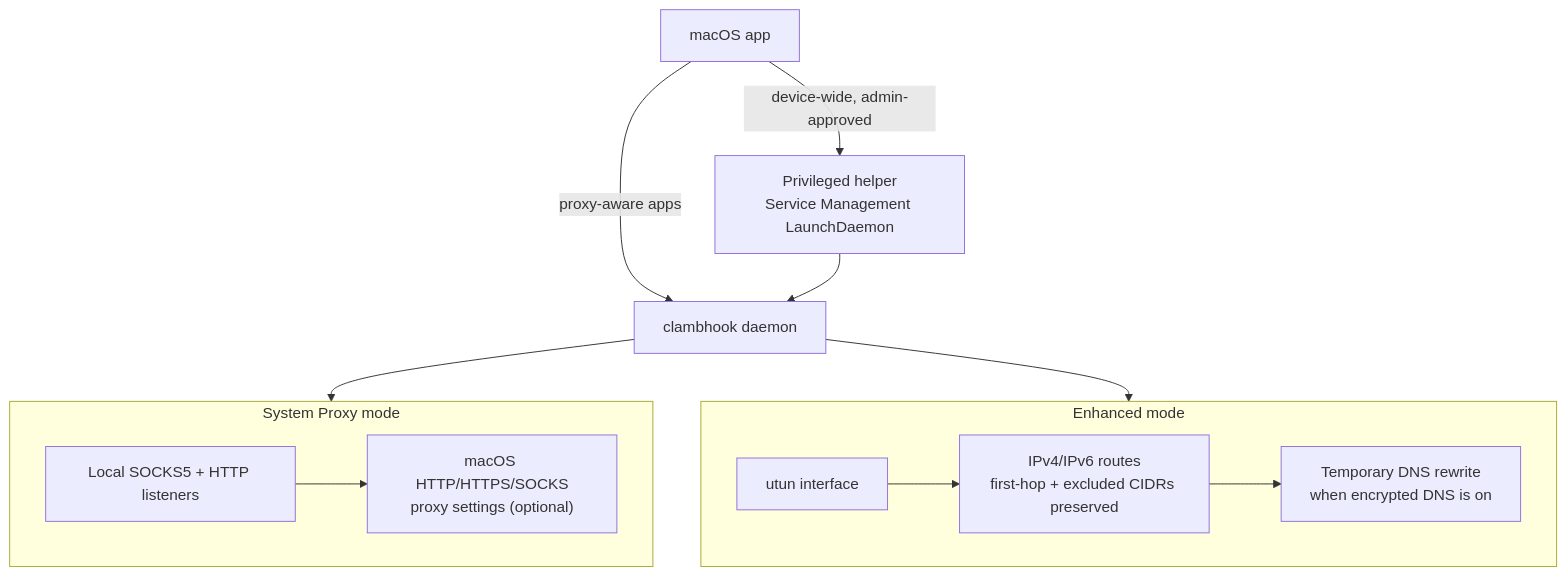
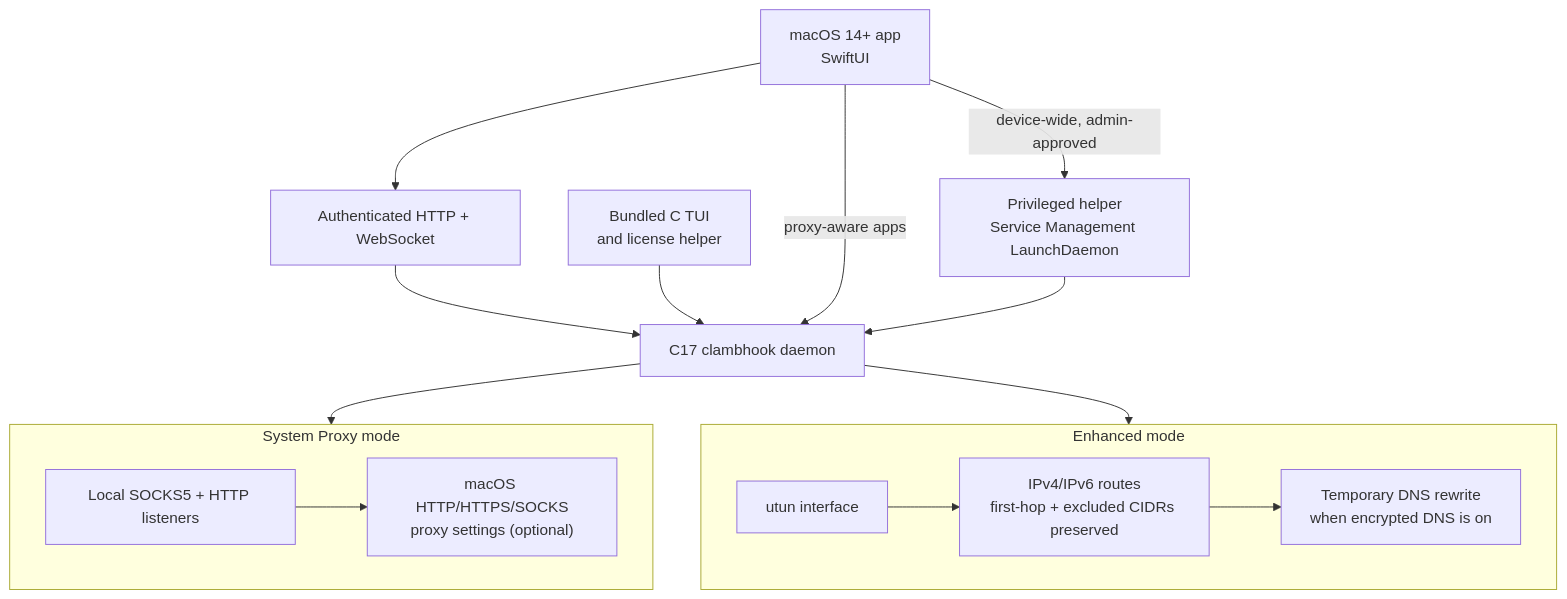
The diagram in docs/macos-v1-scope.md (JohnThre/clambhook), drawn with Mermaid before and after one commit. The commit also changed 2294 other files, not shown here.

````diff
--- a/docs/macos-v1-scope.md
+++ b/docs/macos-v1-scope.md
@@ -10,24 +10,28 @@
 ```mermaid
 graph TD
-    app["macOS app"]
+    app["macOS 14+ app<br/>SwiftUI"]
     helper["Privileged helper<br/>Service Management LaunchDaemon"]
-    daemon["clambhook daemon"]
+    daemon["C17 clambhook daemon"]
+    api["Authenticated HTTP + WebSocket"]
+    tools["Bundled C TUI<br/>and license helper"]
 
     subgraph proxy["System Proxy mode"]
         listeners["Local SOCKS5 + HTTP listeners"]
         settings["macOS HTTP/HTTPS/SOCKS<br/>proxy settings (optional)"]
         listeners --> settings
     end
 
     subgraph enhanced["Enhanced mode"]
         utun["utun interface"]
         routes["IPv4/IPv6 routes<br/>first-hop + excluded CIDRs preserved"]
         dns["Temporary DNS rewrite<br/>when encrypted DNS is on"]
         utun --> routes --> dns
     end
 
+    app --> api --> daemon
+    tools --> daemon
     app -->|proxy-aware apps| daemon
     app -->|device-wide, admin-approved| helper
     daemon --> proxy
     helper --> daemon --> enhanced
 ```
````
